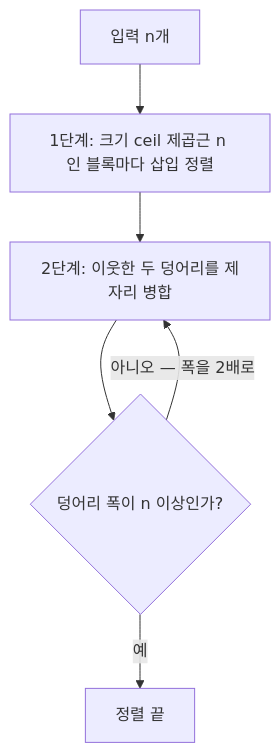
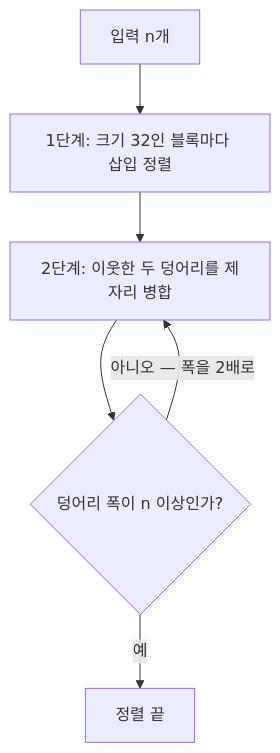
Before and after one commit to lec-algorithm/hw1-sample-2026: the sixth of 10 diagrams in report/REPORT.md, drawn with Mermaid. The commit also changed other lines of this file and 20 other files, not shown here.

````diff
--- a/report/REPORT.md
+++ b/report/REPORT.md
@@ -253,8 +255,8 @@
 ```mermaid
 flowchart TD
-    A["입력 n개"] --> B["1단계: 크기 ceil 제곱근 n 인 블록마다 삽입 정렬"]
+    A["입력 n개"] --> B["1단계: 크기 32인 블록마다 삽입 정렬"]
     B --> C["2단계: 이웃한 두 덩어리를 제자리 병합"]
     C --> D{"덩어리 폭이 n 이상인가?"}
     D -->|"아니오 — 폭을 2배로"| C
     D -->|"예"| E["정렬 끝"]
 ```
````
